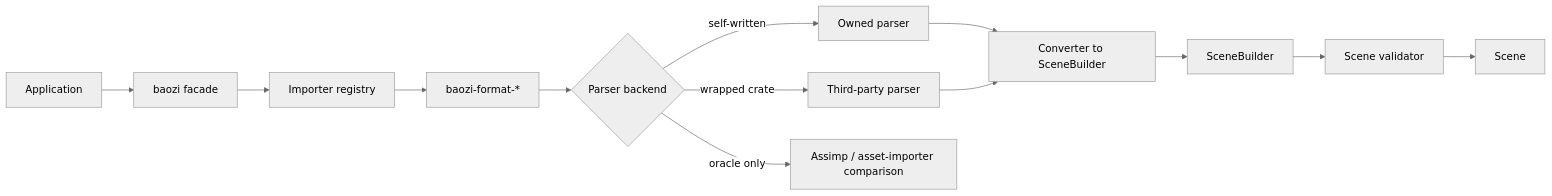
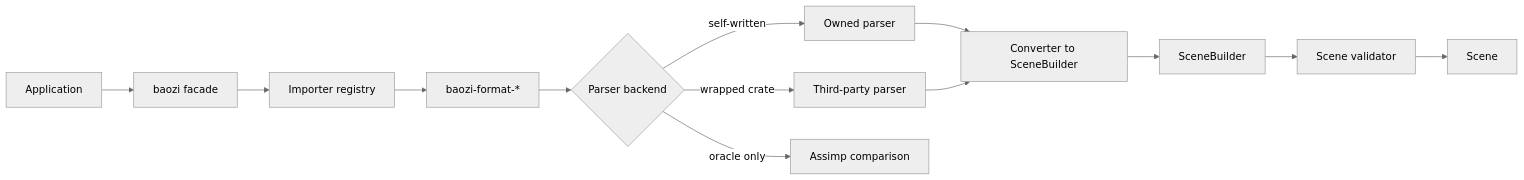
One commit to Latias94/baozi changed the first of 2 diagrams in docs/adr/0004-parser-backend-and-format-coverage-policy.md. Above: the diagram before and after it, drawn with Mermaid (neutral theme). The commit also changed other lines of this file and 15 other files, not shown here.

Commit message:
docs(architecture): plan stl importer vertical slice

````diff
--- a/docs/adr/0004-parser-backend-and-format-coverage-policy.md
+++ b/docs/adr/0004-parser-backend-and-format-coverage-policy.md
@@ -57,15 +56,15 @@
 ```mermaid
 flowchart LR
     App[Application] --> Facade[baozi facade]
     Facade --> Registry[Importer registry]
     Registry --> FormatCrate[baozi-format-*]
     FormatCrate --> Backend{Parser backend}
     Backend -->|self-written| Owned[Owned parser]
     Backend -->|wrapped crate| ThirdParty[Third-party parser]
-    Backend -->|oracle only| Oracle[Assimp / asset-importer comparison]
+    Backend -->|oracle only| Oracle[Assimp comparison]
     Owned --> Converter[Converter to SceneBuilder]
     ThirdParty --> Converter
     Converter --> Builder[SceneBuilder]
     Builder --> Validator[Scene validator]
     Validator --> Scene[Scene]
 ```
````
